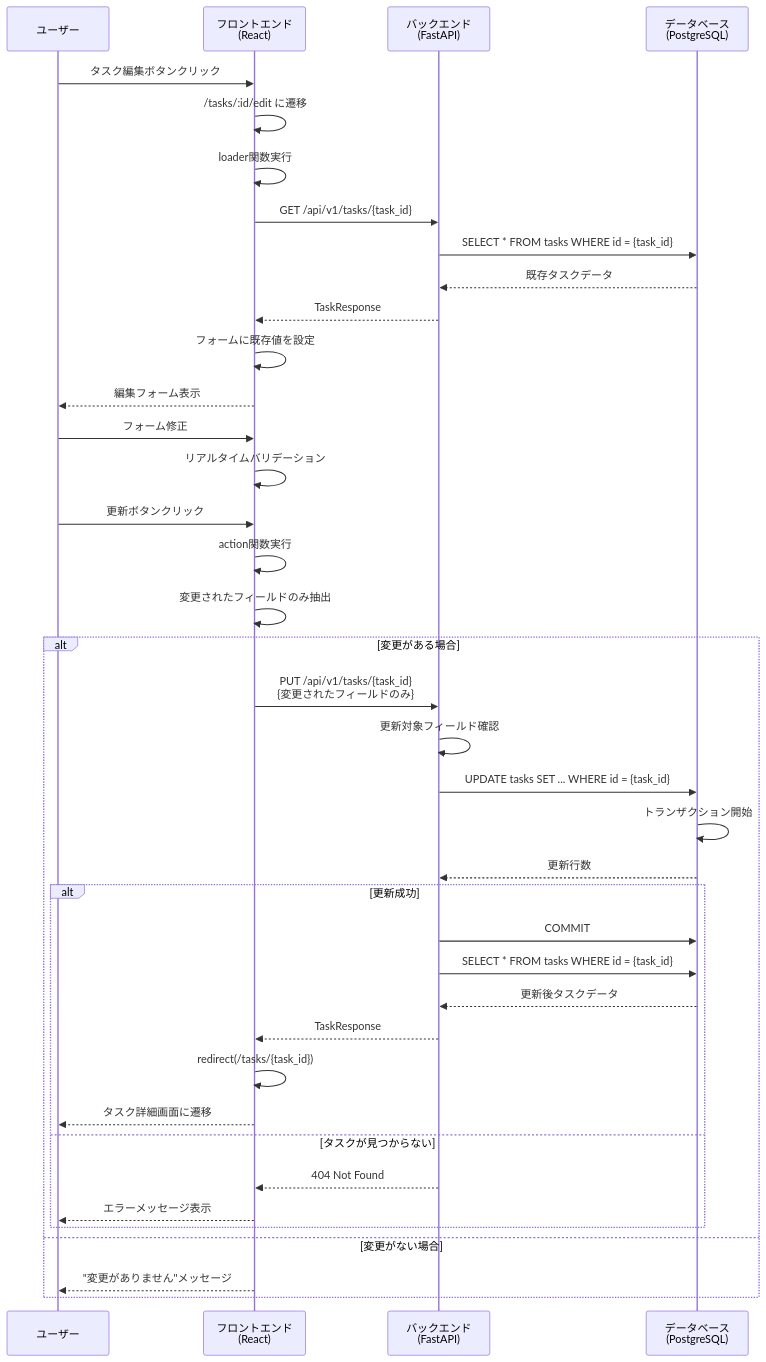
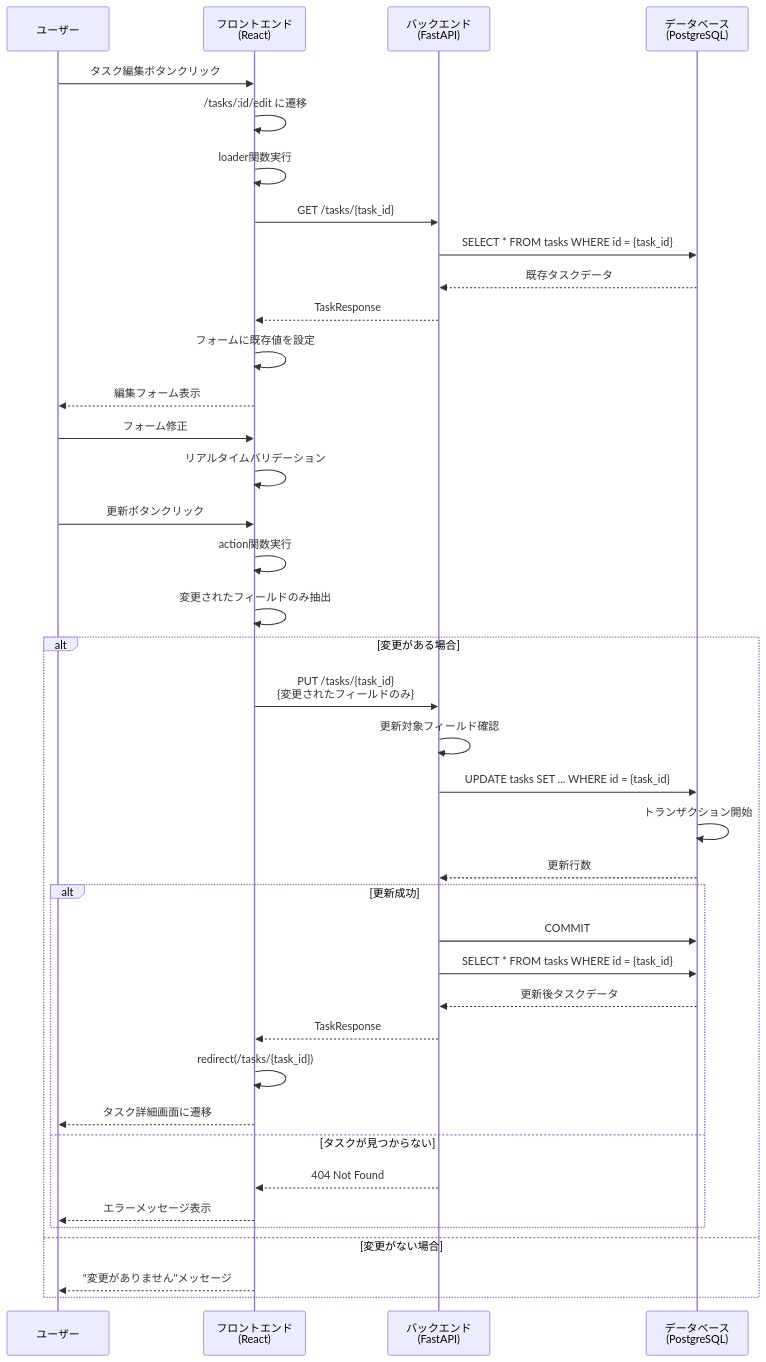
Before and after one commit to dbd-fish/claude-code_task-system: the fourth of 7 diagrams in doc/基本設計/シーケンス図.md, drawn with Mermaid. The commit also changed other lines of this file and 37 other files, not shown here.

````diff
--- a/doc/基本設計/シーケンス図.md
+++ b/doc/基本設計/シーケンス図.md
@@ -102,46 +102,46 @@
 ```mermaid
 sequenceDiagram
     participant U as ユーザー
     participant F as フロントエンド<br/>(React)
     participant B as バックエンド<br/>(FastAPI)
     participant D as データベース<br/>(PostgreSQL)
 
     U->>F: タスク編集ボタンクリック
     F->>F: /tasks/:id/edit に遷移
     F->>F: loader関数実行
-    F->>B: GET /api/v1/tasks/{task_id}
+    F->>B: GET /tasks/{task_id}
     B->>D: SELECT * FROM tasks WHERE id = {task_id}
     D-->>B: 既存タスクデータ
     B-->>F: TaskResponse
     F->>F: フォームに既存値を設定
     F-->>U: 編集フォーム表示
     
     U->>F: フォーム修正
     F->>F: リアルタイムバリデーション
     
     U->>F: 更新ボタンクリック
     F->>F: action関数実行
     F->>F: 変更されたフィールドのみ抽出
     
     alt 変更がある場合
-        F->>B: PUT /api/v1/tasks/{task_id}<br/>{変更されたフィールドのみ}
+        F->>B: PUT /tasks/{task_id}<br/>{変更されたフィールドのみ}
         B->>B: 更新対象フィールド確認
         B->>D: UPDATE tasks SET ... WHERE id = {task_id}
         D->>D: トランザクション開始
         D-->>B: 更新行数
         
         alt 更新成功
             B->>D: COMMIT
             B->>D: SELECT * FROM tasks WHERE id = {task_id}
             D-->>B: 更新後タスクデータ
             B-->>F: TaskResponse
             F->>F: redirect(/tasks/{task_id})
             F-->>U: タスク詳細画面に遷移
         else タスクが見つからない
             B-->>F: 404 Not Found
             F-->>U: エラーメッセージ表示
         end
     else 変更がない場合
         F-->>U: "変更がありません"メッセージ
     end
 ```
````
